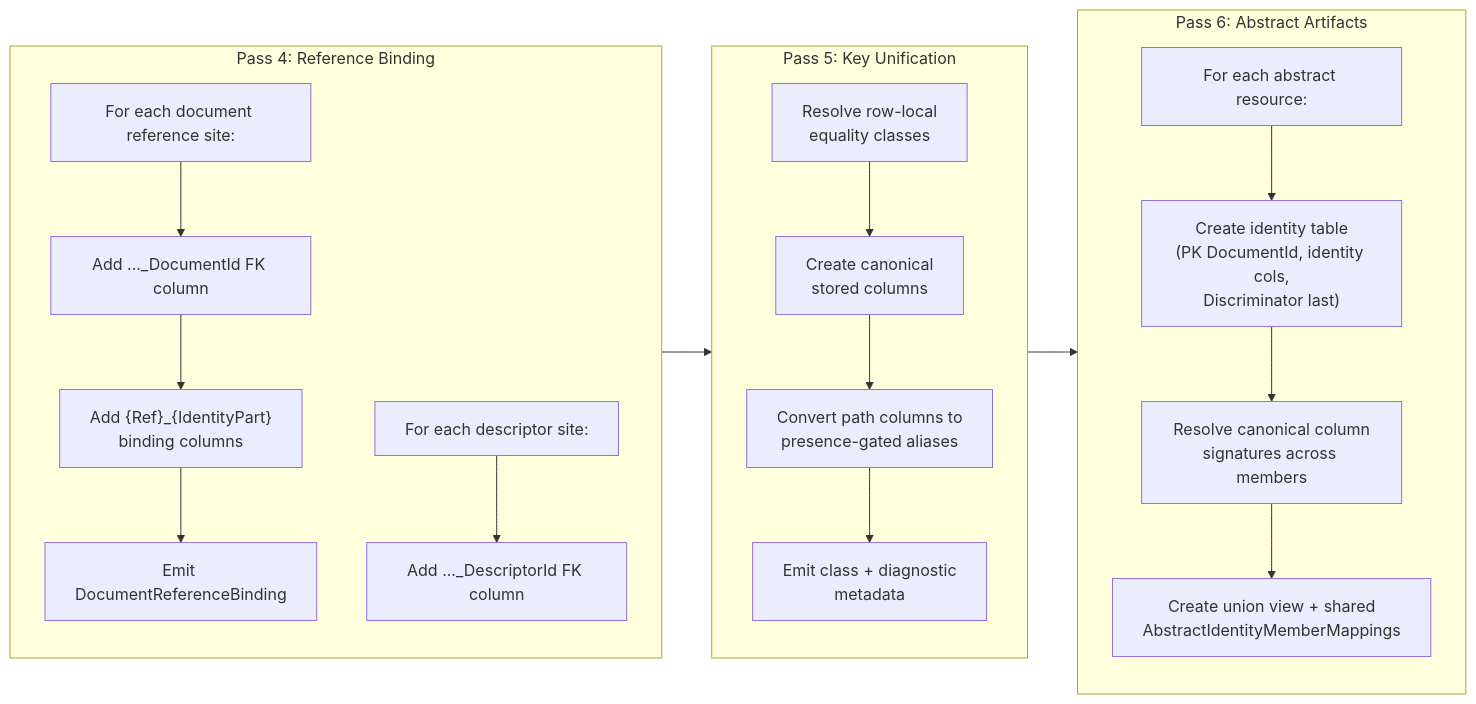
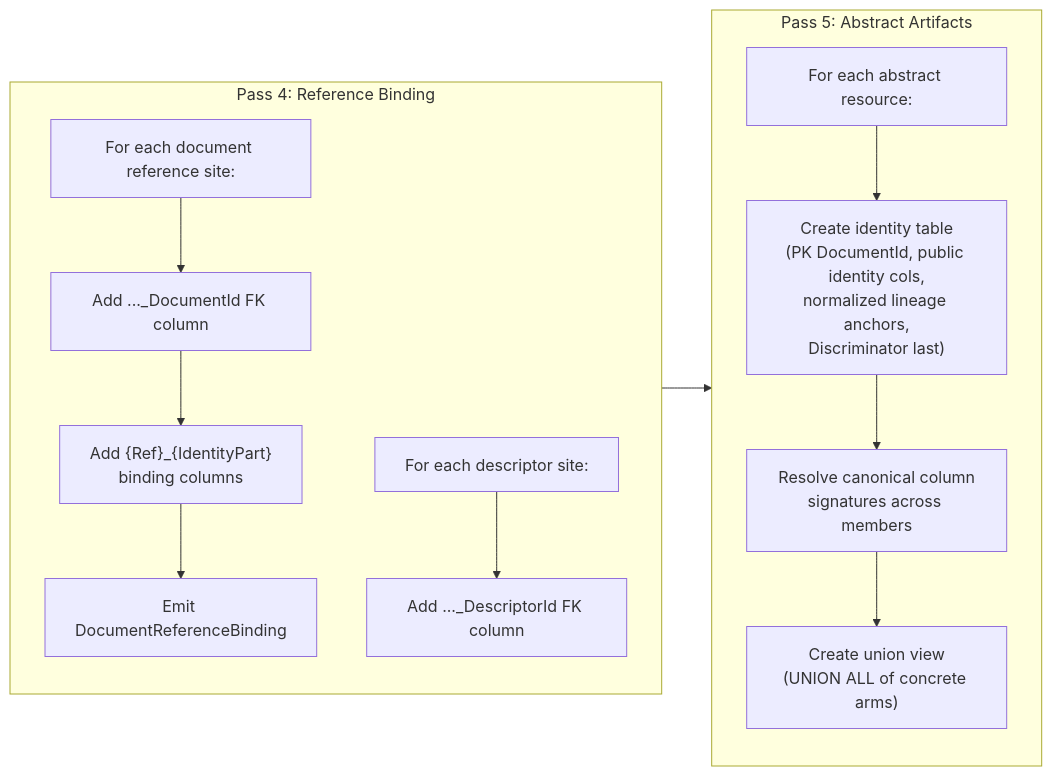
Diagram 13 of 16 in reference/design/backend-redesign/presentations/relational-model-presentation.md (Ed-Fi-Alliance-OSS/Data-Management-Service), drawn with Mermaid before and after one commit. The commit also changed other lines of this file and 59 other files, not shown here.

````diff
--- a/reference/design/backend-redesign/presentations/relational-model-presentation.md
+++ b/reference/design/backend-redesign/presentations/relational-model-presentation.md
@@ -721,34 +588,25 @@
 ```mermaid
 flowchart LR
     subgraph P4["Pass 4: Reference Binding"]
         direction TB
         P4A["For each document reference site:"]
         P4B["Add ..._DocumentId FK column"]
         P4C["Add {Ref}_{IdentityPart}<br/>binding columns"]
         P4D["Emit DocumentReferenceBinding"]
         P4E["For each descriptor site:"]
         P4F["Add ..._DescriptorId FK column"]
         P4A --> P4B --> P4C --> P4D
         P4E --> P4F
     end
 
-    subgraph P5["Pass 5: Key Unification"]
+    subgraph P5["Pass 5: Abstract Artifacts"]
         direction TB
-        P5A["Resolve row-local<br/>equality classes"]
-        P5B["Create canonical<br/>stored columns"]
-        P5C["Convert path columns to<br/>presence-gated aliases"]
-        P5D["Emit class + diagnostic<br/>metadata"]
+        P5A["For each abstract resource:"]
+        P5B["Create identity table<br/>(PK DocumentId, public identity cols,<br/>normalized lineage anchors,<br/>Discriminator last)"]
+        P5C["Resolve canonical column<br/>signatures across members"]
+        P5D["Create union view<br/>(UNION ALL of concrete arms)"]
         P5A --> P5B --> P5C --> P5D
     end
 
-    subgraph P6["Pass 6: Abstract Artifacts"]
-        direction TB
-        P6A["For each abstract resource:"]
-        P6B["Create identity table<br/>(PK DocumentId, identity cols,<br/>Discriminator last)"]
-        P6C["Resolve canonical column<br/>signatures across members"]
-        P6D["Create union view + shared<br/>AbstractIdentityMemberMappings"]
-        P6A --> P6B --> P6C --> P6D
-    end
-
-    P4 --> P5 --> P6
+    P4 --> P5
 ```
````
